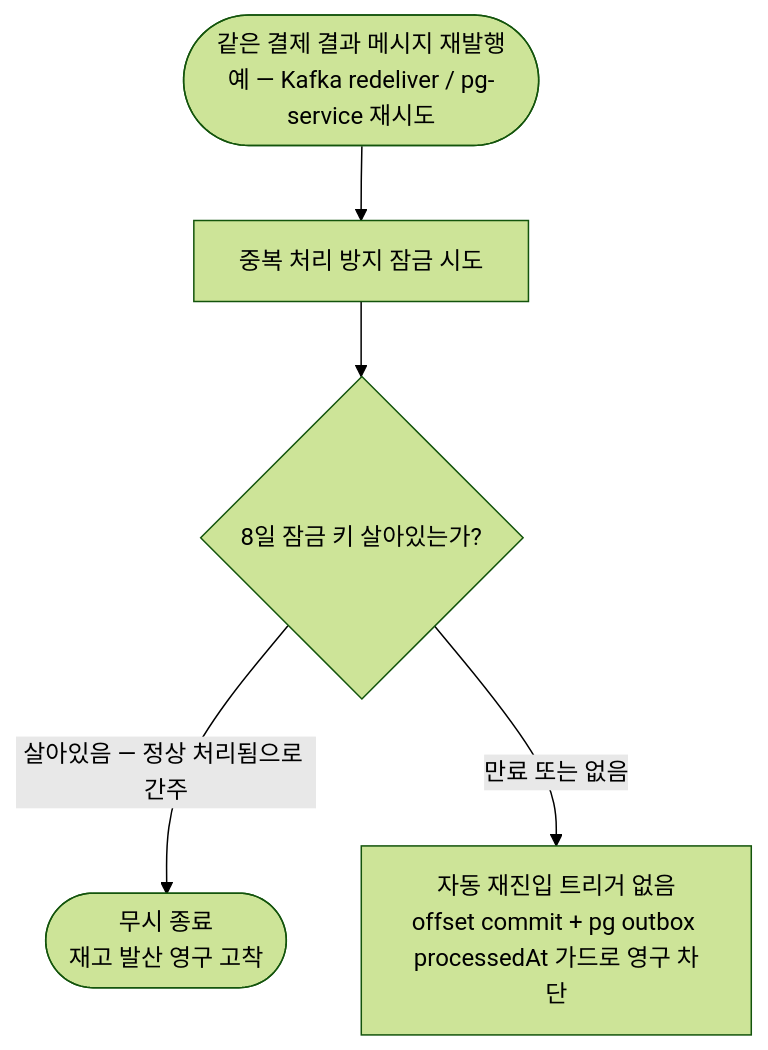
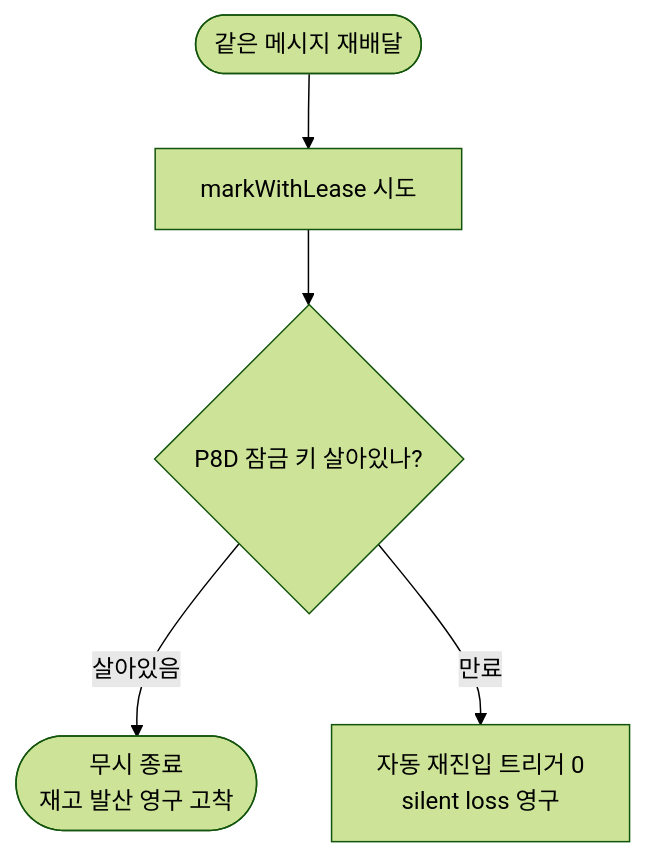
One commit to hyoguoo/payment-platform changed the second of 5 diagrams in docs/topics/STOCK-COMPENSATION-RECOVERY.md. Above: the diagram before and after it, drawn with Mermaid (forest theme). The commit also changed other lines of this file and 1 other file, not shown here.

Commit message:
docs(stock-compensation-recovery): Round 7 — Candidate D 폐기, Lua atomic + Kafka native + dedupe lease 제거 채택

````diff
--- a/docs/topics/STOCK-COMPENSATION-RECOVERY.md
+++ b/docs/topics/STOCK-COMPENSATION-RECOVERY.md
@@ -44,7 +48,7 @@
 ```mermaid
 flowchart TD
-    P0([같은 결제 결과 메시지 재발행<br/>예 — Kafka redeliver / pg-service 재시도]) --> P1[중복 처리 방지 잠금 시도]
-    P1 --> P2{8일 잠금 키 살아있는가?}
-    P2 -->|살아있음 — 정상 처리됨으로 간주| P3([무시 종료<br/>재고 발산 영구 고착])
-    P2 -->|만료 또는 없음| P4[자동 재진입 트리거 없음<br/>offset commit + pg outbox processedAt 가드로 영구 차단]
+    P0([같은 메시지 재배달]) --> P1[markWithLease 시도]
+    P1 --> P2{P8D 잠금 키 살아있나?}
+    P2 -->|살아있음| P3([무시 종료<br/>재고 발산 영구 고착])
+    P2 -->|만료| P4[자동 재진입 트리거 0<br/>silent loss 영구]
 ```
````
